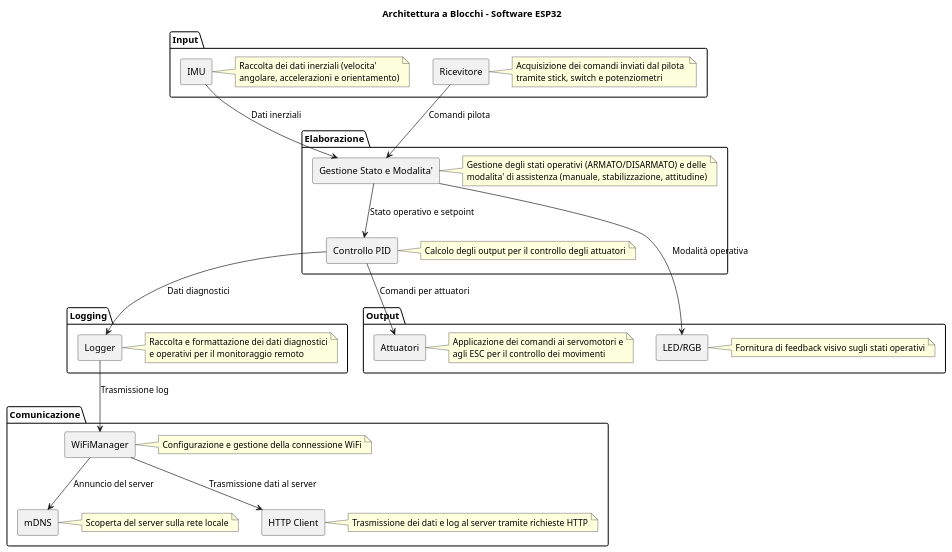
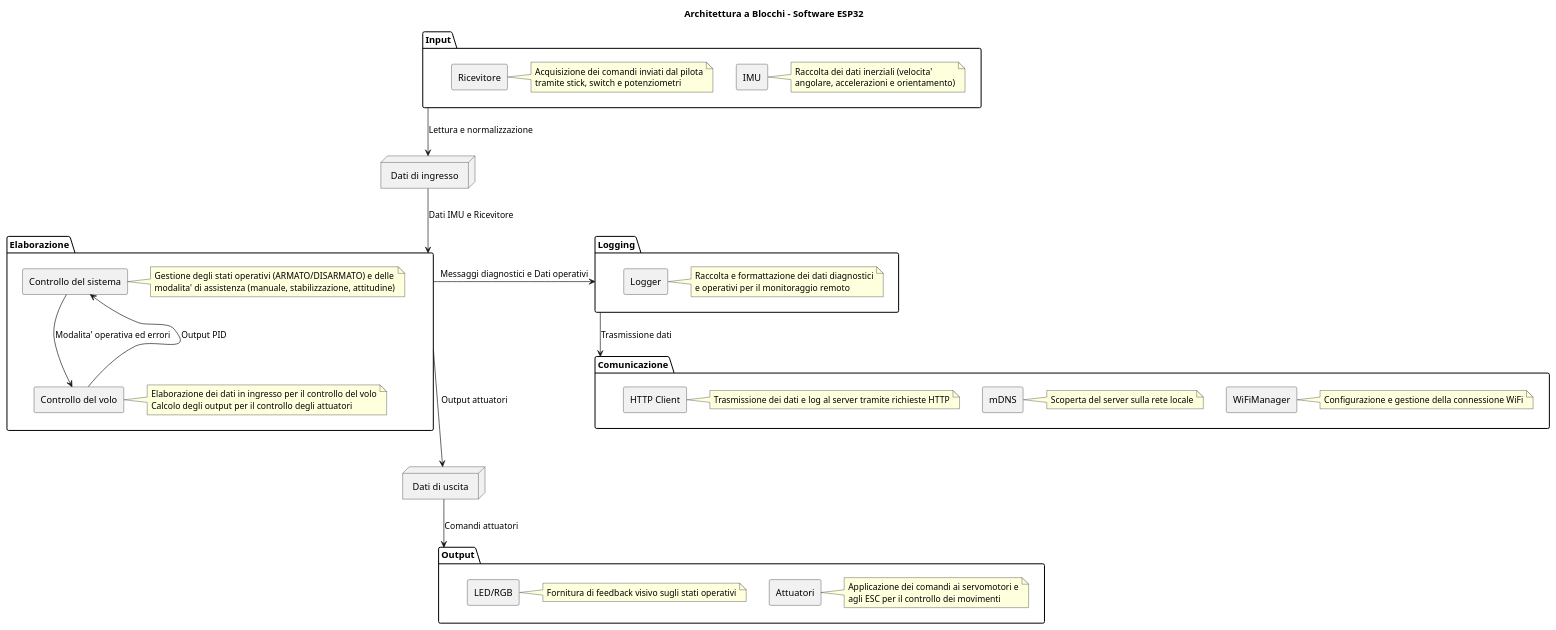
One commit to ZeroEra99/ESP32_FlightController changed the diagram in docs/Diagrams/esp32_block_diagram.puml. Above: the diagram before and after it, drawn with PlantUML. The commit also changed 3 other files, not shown here.

First line of the commit message:
update docs/Diagrams

```diff
--- a/docs/Diagrams/esp32_block_diagram.puml
+++ b/docs/Diagrams/esp32_block_diagram.puml
@@ -1,80 +1,84 @@
 @startuml esp32_block_diagram
 
 title Architettura a Blocchi - Software ESP32
 
-package "Input" {
+package "Input" as input {
     rectangle "IMU" as imu
     note right of imu
-        Raccolta dei dati inerziali (velocita' 
+        Raccolta dei dati inerziali (velocita'
         angolare, accelerazioni e orientamento)
     end note
 
     rectangle "Ricevitore" as receiver
     note right of receiver
-        Acquisizione dei comandi inviati dal pilota 
+        Acquisizione dei comandi inviati dal pilota
         tramite stick, switch e potenziometri
     end note
 }
 
-package "Elaborazione" {
-    rectangle "Gestione Stato e Modalita'" as state_mode
-    note right of state_mode
+package "Elaborazione" as elaborazione {
+    rectangle "Controllo del sistema" as system_controller
+    note right of system_controller
         Gestione degli stati operativi (ARMATO/DISARMATO) e delle
         modalita' di assistenza (manuale, stabilizzazione, attitudine)
     end note
 
-    rectangle "Controllo PID" as pid_control
-    note right of pid_control
+    rectangle "Controllo del volo" as flight_controller
+    note right of flight_controller
+        Elaborazione dei dati in ingresso per il controllo del volo
         Calcolo degli output per il controllo degli attuatori
     end note
+
+    system_controller --> flight_controller : Modalita' operativa ed errori
+    flight_controller --> system_controller : Output PID
 }
 
-package "Output" {
+package "Output" as output {
     rectangle "Attuatori" as actuators
     note right of actuators
         Applicazione dei comandi ai servomotori e
         agli ESC per il controllo dei movimenti
     end note
 
     rectangle "LED/RGB" as leds
     note right of leds
         Fornitura di feedback visivo sugli stati operativi
     end note
 }
 
-package "Logging" {
+package "Logging" as logging {
     rectangle "Logger" as logger
     note right of logger
         Raccolta e formattazione dei dati diagnostici
         e operativi per il monitoraggio remoto
     end note
 }
 
-package "Comunicazione" {
+package "Comunicazione" as comunicazione {
     rectangle "WiFiManager" as wifi
     note right of wifi
         Configurazione e gestione della connessione WiFi
     end note
 
     rectangle "mDNS" as mdns
     note right of mdns
         Scoperta del server sulla rete locale
     end note
 
     rectangle "HTTP Client" as http_client
     note right of http_client
         Trasmissione dei dati e log al server tramite richieste HTTP
     end note
 }
 
-imu --> state_mode : Dati inerziali
-receiver --> state_mode : Comandi pilota
-state_mode --> pid_control : Stato operativo e setpoint
-pid_control --> actuators : Comandi per attuatori
-state_mode --> leds : Modalità operativa
-pid_control --> logger : Dati diagnostici
-logger --> wifi : Trasmissione log
-wifi --> mdns : Annuncio del server
-wifi --> http_client : Trasmissione dati al server
+node "Dati di ingresso" as input_data
+node "Dati di uscita" as output_data
+
+input --> input_data : Lettura e normalizzazione
+input_data --> elaborazione : Dati IMU e Ricevitore
+elaborazione -right--> logging : Messaggi diagnostici e Dati operativi
+logging --> comunicazione : Trasmissione dati
+elaborazione --down-> output_data : Output attuatori
+output_data -down-> output : Comandi attuatori
 
 @enduml
```
